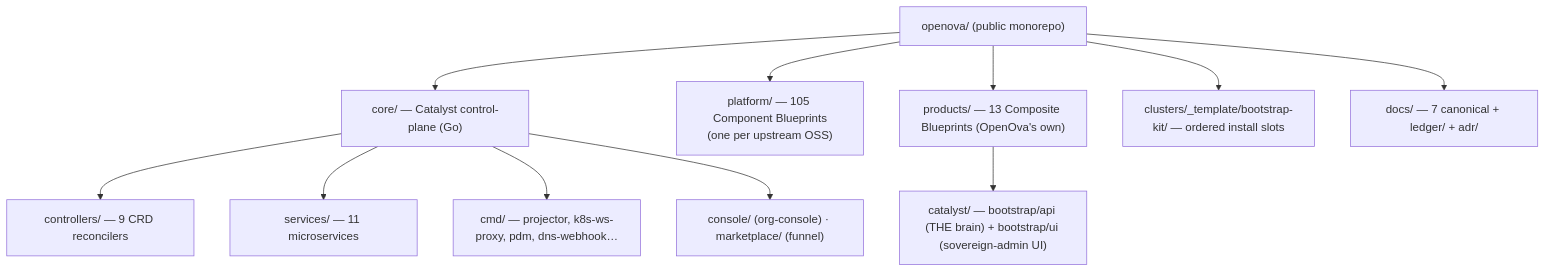
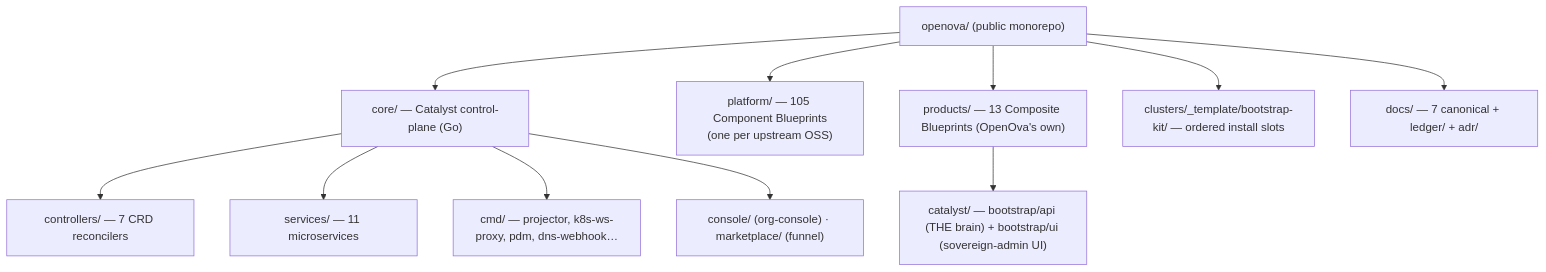
One commit to openova-io/openova changed the third of 16 diagrams in docs/SYSTEM-DESIGN.md. Above: the diagram before and after it, drawn with Mermaid. The commit also changed other lines of this file and 101 other files, not shown here.

````diff
--- a/docs/SYSTEM-DESIGN.md
+++ b/docs/SYSTEM-DESIGN.md
@@ -93,14 +93,14 @@
 ```mermaid
 graph TD
   ROOT["openova/ (public monorepo)"]
   ROOT --> CORE["core/ — Catalyst control-plane (Go)"]
   ROOT --> PLAT["platform/ — 105 Component Blueprints<br/>(one per upstream OSS)"]
   ROOT --> PROD["products/ — 13 Composite Blueprints (OpenOva's own)"]
   ROOT --> CLUST["clusters/_template/bootstrap-kit/ — ordered install slots"]
   ROOT --> DOCS["docs/ — 7 canonical + ledger/ + adr/"]
-  CORE --> CTRL["controllers/ — 9 CRD reconcilers"]
+  CORE --> CTRL["controllers/ — 7 CRD reconcilers"]
   CORE --> SVC["services/ — 11 microservices"]
   CORE --> CMDX["cmd/ — projector, k8s-ws-proxy, pdm, dns-webhook…"]
   CORE --> FE["console/ (org-console) · marketplace/ (funnel)"]
   PROD --> CAT["catalyst/ — bootstrap/api (THE brain) + bootstrap/ui (sovereign-admin UI)"]
 ```
````
